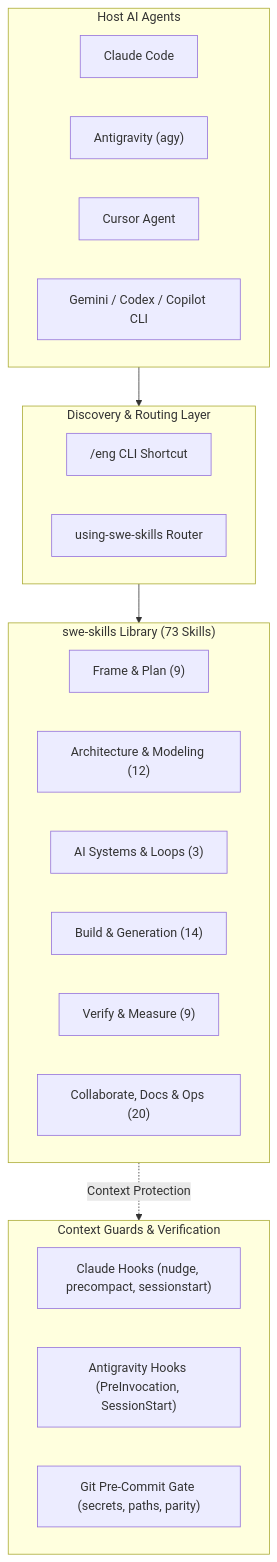
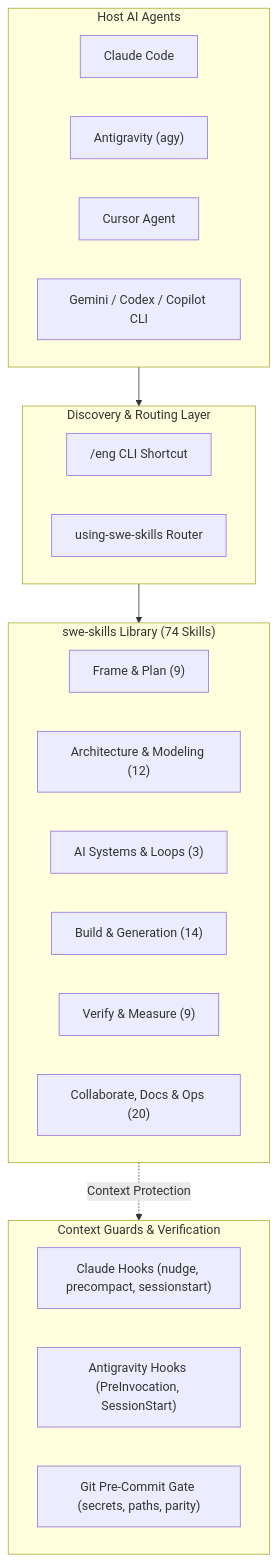
The diagram in docs/usermanual/README.md (bsommers/swe-skills-2), drawn with Mermaid before and after one commit. The commit also changed 17 other files, not shown here.

Commit message:
feat(skills): add hunting-cross-pipeline-desync skill (#10)

````diff
--- a/docs/usermanual/README.md
+++ b/docs/usermanual/README.md
@@ -36,33 +36,33 @@
 ```mermaid
 flowchart TD
     subgraph AgentHosts["Host AI Agents"]
         Claude["Claude Code"]
         Agy["Antigravity (agy)"]
         Cursor["Cursor Agent"]
         Other["Gemini / Codex / Copilot CLI"]
     end
 
     subgraph RouterLayer["Discovery & Routing Layer"]
         Eng["/eng CLI Shortcut"]
         UsingSwe["using-swe-skills Router"]
     end
 
-    subgraph SkillSuite["swe-skills Library (73 Skills)"]
+    subgraph SkillSuite["swe-skills Library (74 Skills)"]
         Plan["Frame & Plan (9)"]
         Arch["Architecture & Modeling (12)"]
         AI["AI Systems & Loops (3)"]
         Build["Build & Generation (14)"]
         Verify["Verify & Measure (9)"]
         Ops["Collaborate, Docs & Ops (20)"]
     end
 
     subgraph RuntimeHooks["Context Guards & Verification"]
         ClaudeHooks["Claude Hooks (nudge, precompact, sessionstart)"]
         AgyHooks["Antigravity Hooks (PreInvocation, SessionStart)"]
         GitHooks["Git Pre-Commit Gate (secrets, paths, parity)"]
     end
 
     AgentHosts --> RouterLayer
     RouterLayer --> SkillSuite
     SkillSuite -. Context Protection .-> RuntimeHooks
 ```
````
